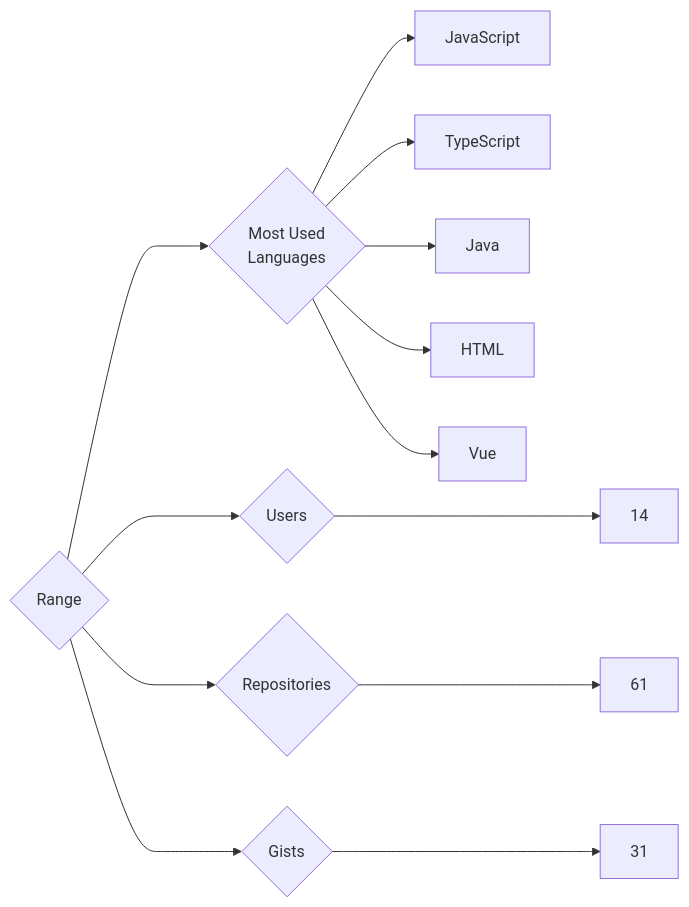
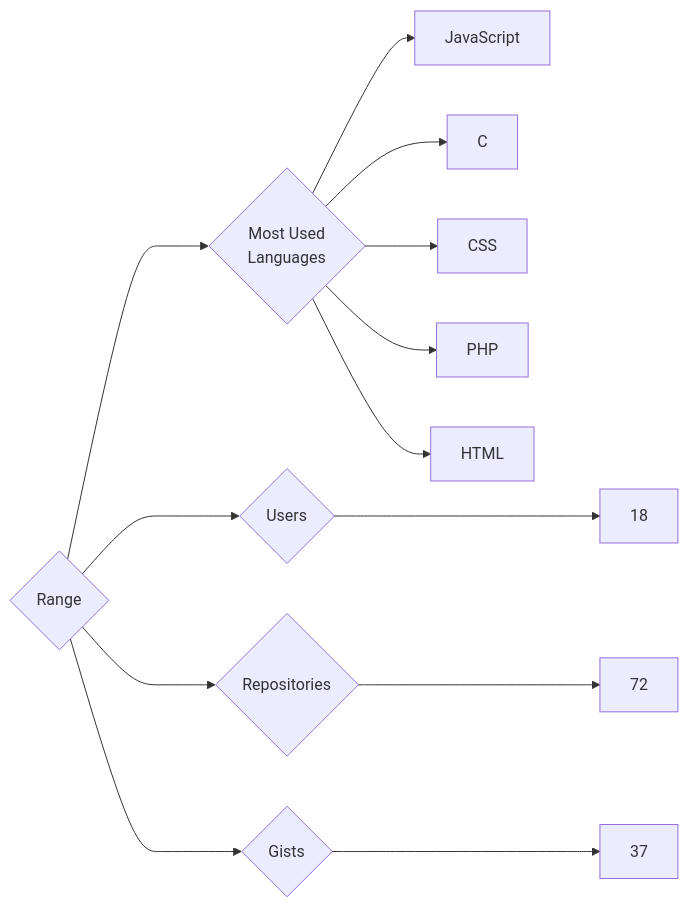
One commit to trickest/insiders changed the diagram in targets/Range/README.md. Above: the diagram before and after it, drawn with Mermaid. The commit also changed 833 other files, not shown here.

````diff
--- a/targets/Range/README.md
+++ b/targets/Range/README.md
@@ -3,13 +3,13 @@
 ```mermaid
 graph LR
 COMPANY_NAME{Range}
-COMPANY_NAME ---> U{Users} ---> UN[14]
-COMPANY_NAME ---> R{Repositories} ---> RN[61]
-COMPANY_NAME ---> G{Gists} ---> GN[31]
+COMPANY_NAME ---> U{Users} ---> UN[18]
+COMPANY_NAME ---> R{Repositories} ---> RN[72]
+COMPANY_NAME ---> G{Gists} ---> GN[37]
 COMPANY_NAME ---> ML{Most Used<br>Languages}
 ML --> JavaScript[JavaScript]
-ML --> TypeScript[TypeScript]
-ML --> Java[Java]
+ML --> C[C]
+ML --> CSS[CSS]
+ML --> PHP[PHP]
 ML --> HTML[HTML]
-ML --> Vue[Vue]
 ```
````
